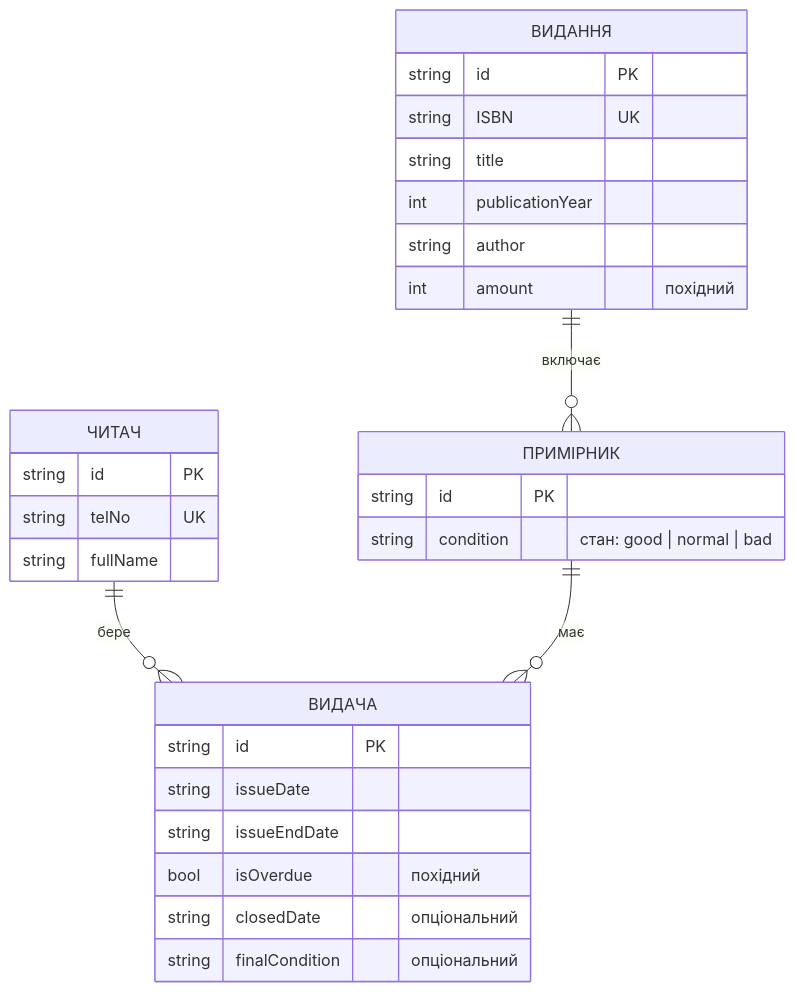
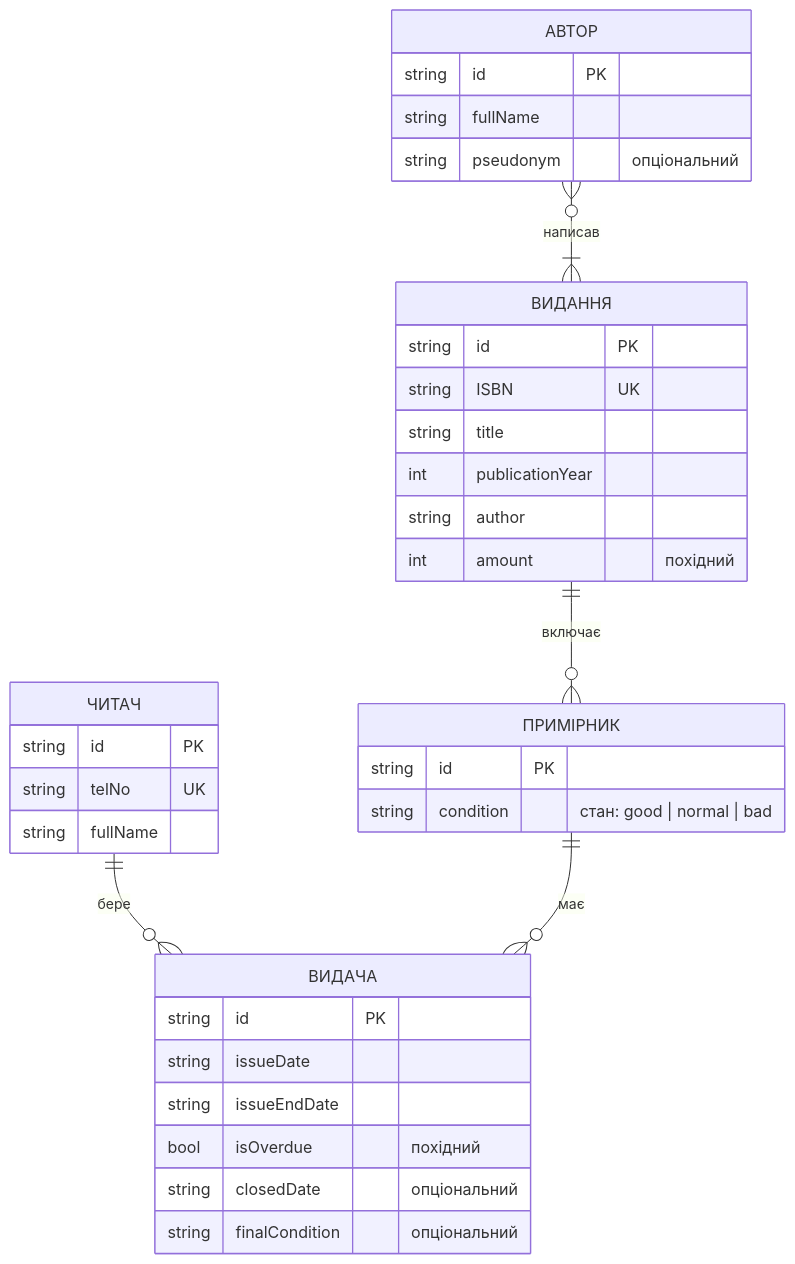
The diagram in lab1/diagrams/model.mmd (matveivadimovih-cell/mavpzlabs), drawn with Mermaid before and after one commit. The commit also changed 1 other file, not shown here.

Commit message:
feat(diagrams): оновити ER-діаграму з сутністю Автор

```diff
--- a/lab1/diagrams/model.mmd
+++ b/lab1/diagrams/model.mmd
@@ -1,33 +1,40 @@
 erDiagram 
 ВИДАННЯ ||--o{ ПРИМІРНИК : "включає" 
 ЧИТАЧ ||--o{ ВИДАЧА : "бере"
 ПРИМІРНИК ||--o{ ВИДАЧА : "має"
+АВТОР }o--|{ ВИДАННЯ : "написав"
 
 ЧИТАЧ {
     string id PK
     string telNo UK 
     string fullName
 }
 
 ВИДАННЯ {
     string id PK
     string ISBN UK 
     string title
     int publicationYear
     string author
     int amount "похідний"
 }
 
+АВТОР {
+    string id PK
+    string fullName
+    string pseudonym "опціональний"
+}
+
 ПРИМІРНИК {
     string id PK
     string condition "стан: good | normal | bad"
 }
 
 ВИДАЧА {
     string id PK
     string issueDate
     string issueEndDate
     bool isOverdue "похідний"
     string closedDate "опціональний"
     string finalCondition "опціональний"
 }
```
